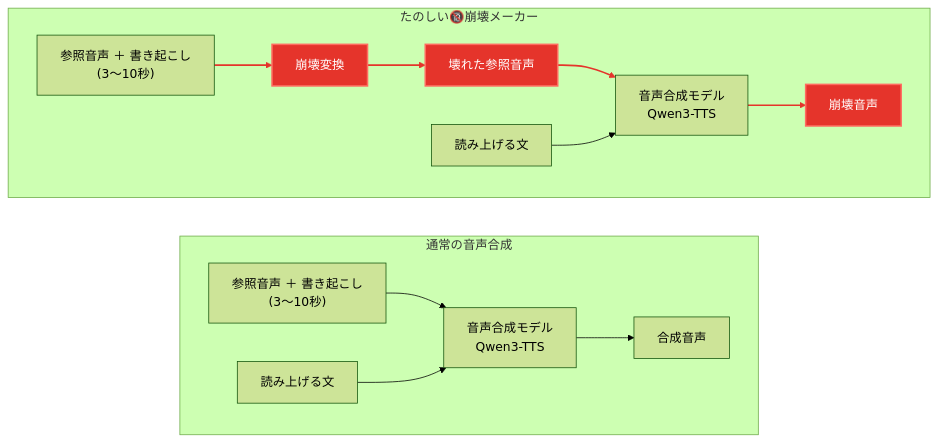
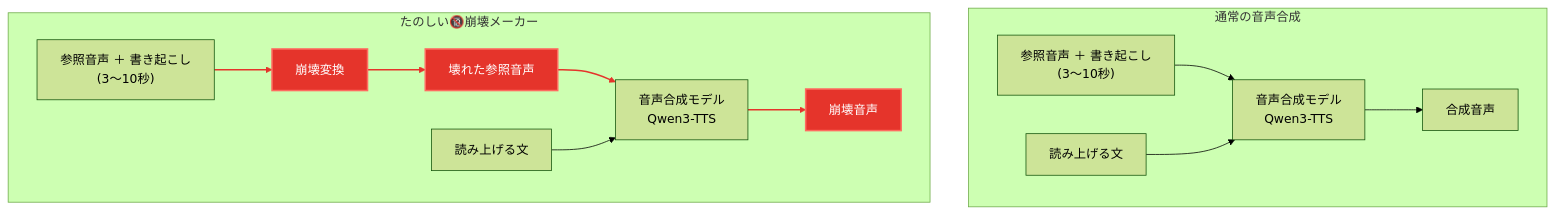
One commit to mossan-hoshi/happy-collapse-maker changed the diagram in README.md. Above: the diagram before and after it, drawn with Mermaid (forest theme).

Commit message:
fix: フロー図を上下2段にする (flowchart LR だと subgraph が左右に並ぶ)

````diff
--- a/README.md
+++ b/README.md
@@ -29,24 +29,26 @@
 ```mermaid
-flowchart LR
+%% 最上位は TB。**LR にすると 2 つの subgraph が左右に並んで**上下比較にならない
+%% (各 subgraph の中だけを direction LR で左→右に流す)。
+flowchart TB
   subgraph N["通常の音声合成"]
     direction LR
     N1["参照音声 ＋ 書き起こし<br/>(3〜10秒)"] --> NM["音声合成モデル<br/>Qwen3-TTS"]
     N2["読み上げる文"] --> NM
     NM --> NO["合成音声"]
   end
 
   subgraph C["たのしい🔞崩壊メーカー"]
     direction LR
     C1["参照音声 ＋ 書き起こし<br/>(3〜10秒)"] --> CX["崩壊変換"]
     CX --> CB["壊れた参照音声"]
     CB --> CM["音声合成モデル<br/>Qwen3-TTS"]
     C2["読み上げる文"] --> CM
     CM --> CO["崩壊音声"]
   end
 
   %% エッジ番号は宣言順の 0 起点。崩壊経路 (C1→CX→CB→CM, CM→CO) だけを赤にする。
   %% 6 は「読み上げる文 → モデル」で、これは通常と同じ扱いなので赤にしない。
   classDef broken fill:#e5342b,stroke:#ff6b60,stroke-width:2px,color:#fff
   class CX,CB,CO broken
   linkStyle 3,4,5,7 stroke:#e5342b,stroke-width:2px
 ```
````
